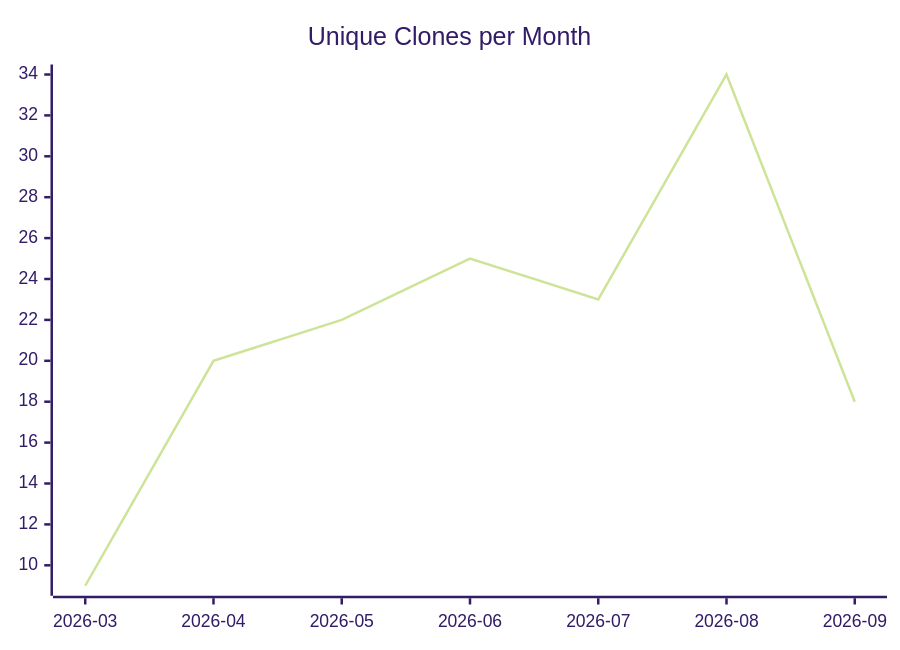
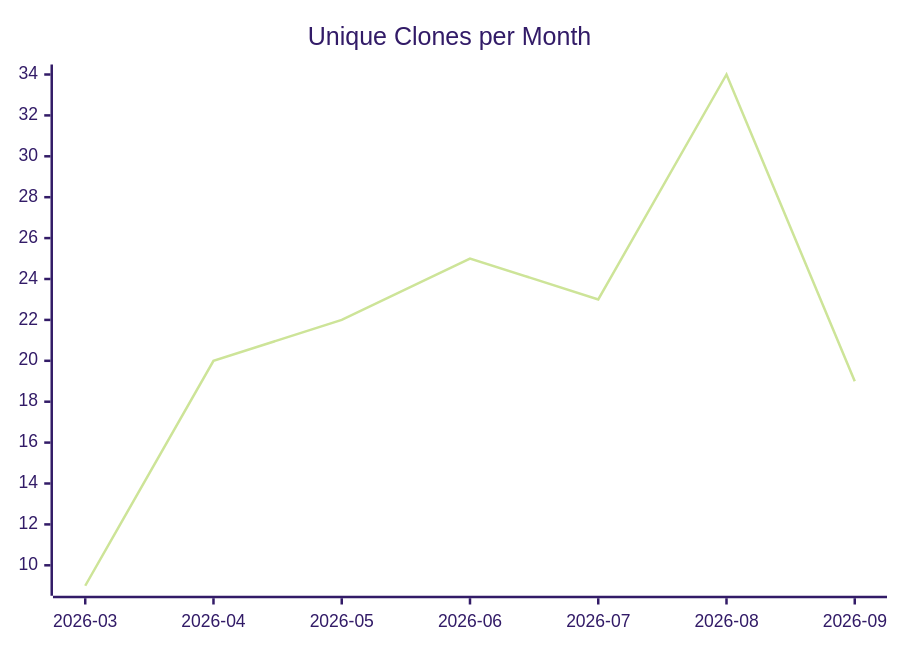
The third of 3 diagrams in karlmdavis/kxml2/README.md (justdavis-family/github-analytics-data), drawn with Mermaid (forest theme) before and after one commit. The commit also changed other lines of this file and 198 other files, not shown here.

````diff
--- a/karlmdavis/kxml2/README.md
+++ b/karlmdavis/kxml2/README.md
@@ -19,6 +19,6 @@
 ```mermaid
 xychart-beta
   title "Unique Clones per Month"
   x-axis ["2026-03", "2026-04", "2026-05", "2026-06", "2026-07", "2026-08", "2026-09"]
-  line [9, 20, 22, 25, 23, 34, 18]
+  line [9, 20, 22, 25, 23, 34, 19]
 ```
````
